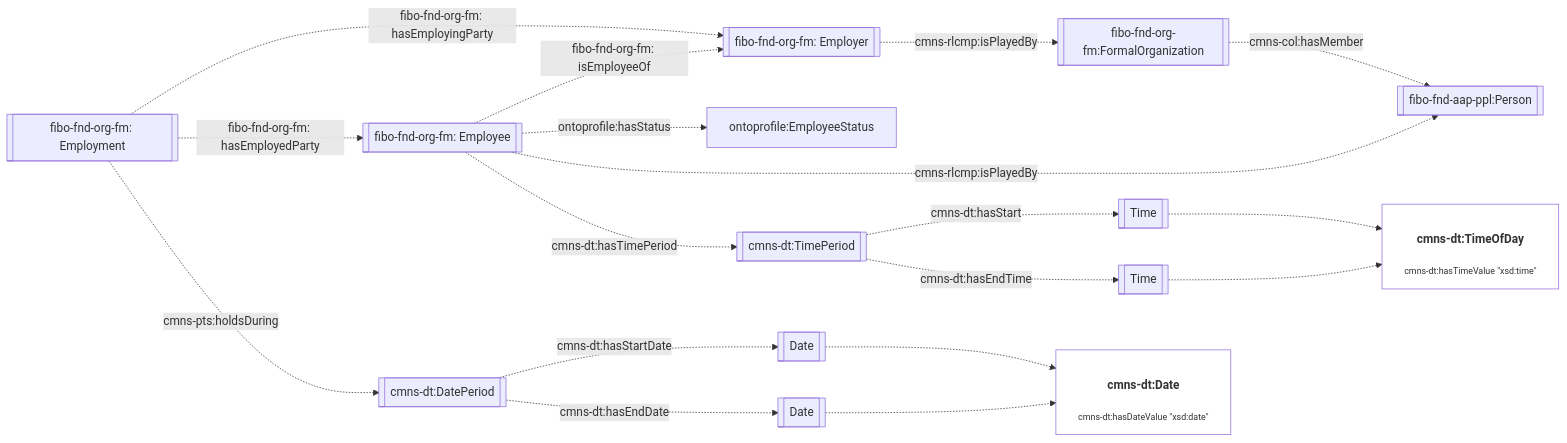
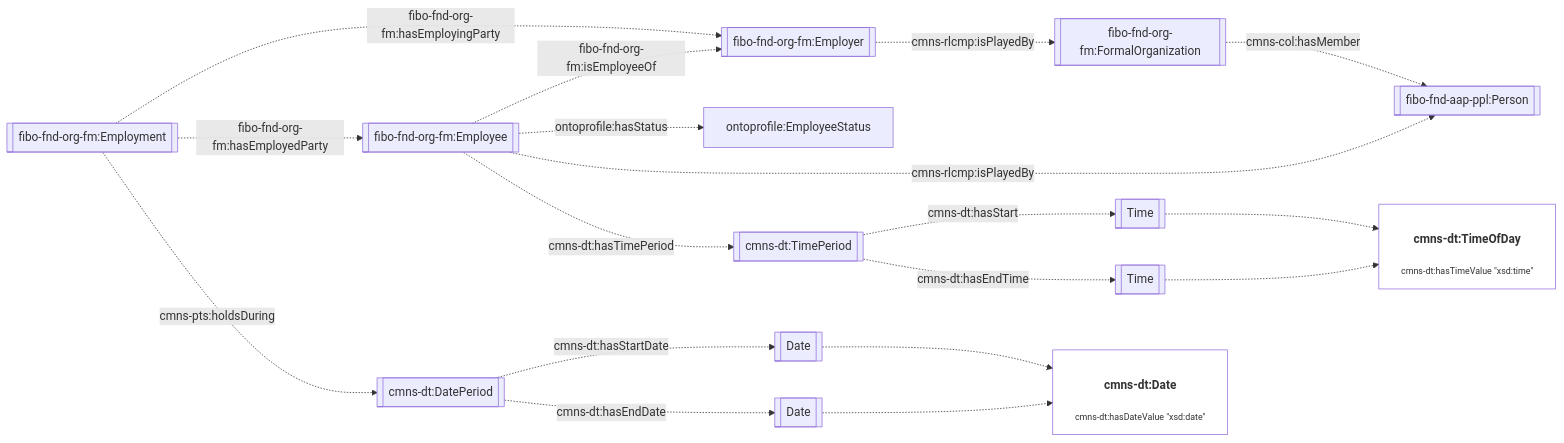
Before and after one commit to cambridge-cares/TheWorldAvatar: the fifth of 7 diagrams in JPS_Ontology/ontology/ontoprofile/README.MD, drawn with Mermaid. The commit also changed other lines of this file, not shown here.

Commit message:
dev-service-execution-ontology-extension: add overflow styles to link and node

````diff
--- a/JPS_Ontology/ontology/ontoprofile/README.MD
+++ b/JPS_Ontology/ontology/ontoprofile/README.MD
@@ -155,27 +157,28 @@
 ```mermaid
 flowchart LR
     %% Styling
     classDef literal fill:none
-    classDef node text-wrap:pretty
+    classDef node overflow-wrap:break-word,text-wrap:pretty
+    linkStyle default overflow-wrap:break-word,text-wrap:pretty;
 
     %% Contents
-    Employment[[fibo-fnd-org-fm: Employment]] -. fibo-fnd-org-fm: hasEmployingParty .-> Employer[[fibo-fnd-org-fm: Employer]]
-    Employment -. fibo-fnd-org-fm: hasEmployedParty .-> Employee[[fibo-fnd-org-fm: Employee]]
+    Employment[[fibo-fnd-org-fm:Employment]] -. fibo-fnd-org-fm:hasEmployingParty .-> Employer[[fibo-fnd-org-fm:Employer]]
+    Employment -. fibo-fnd-org-fm:hasEmployedParty .-> Employee[[fibo-fnd-org-fm:Employee]]
     Employment -. cmns-pts:holdsDuring .-> DatePeriod[[cmns-dt:DatePeriod]]
     DatePeriod -. cmns-dt:hasStartDate .-> StartDate[[Date]]
     DatePeriod -. cmns-dt:hasEndDate .-> EndDate[[Date]]
     StartDate -.-> Date["<h4>cmns-dt:Date</h4><p style='font-size:0.75rem;'>cmns-dt:hasDateValue &quot;xsd:date&quot;</p>"]:::literal
     EndDate -.-> Date
 
-    Employee -. fibo-fnd-org-fm: isEmployeeOf .-> Employer
+    Employee -. fibo-fnd-org-fm:isEmployeeOf .-> Employer
     Employee -. ontoprofile:hasStatus .-> ontoprofile:EmployeeStatus
     Employer -. cmns-rlcmp:isPlayedBy .-> Org[[fibo-fnd-org-fm:FormalOrganization]]
     Employee -. cmns-rlcmp:isPlayedBy .-> Person[[fibo-fnd-aap-ppl:Person]]
     Org -. cmns-col:hasMember .-> Person
 
     Employee -. cmns-dt:hasTimePeriod .-> TimePeriod[[cmns-dt:TimePeriod]]
     TimePeriod -. cmns-dt:hasStart .-> StartTime[[Time]]
     TimePeriod -. cmns-dt:hasEndTime .-> EndTime[[Time]]
     StartTime -.-> Time["<h4>cmns-dt:TimeOfDay</h4><p style='font-size:0.75rem;'>cmns-dt:hasTimeValue &quot;xsd:time&quot;</p>"]:::literal
     EndTime -.-> Time
 ```
````
